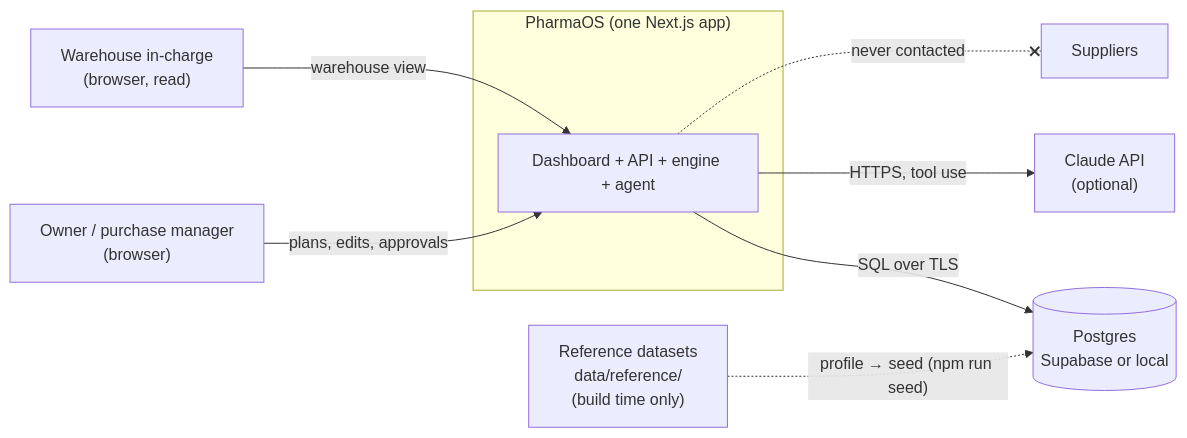
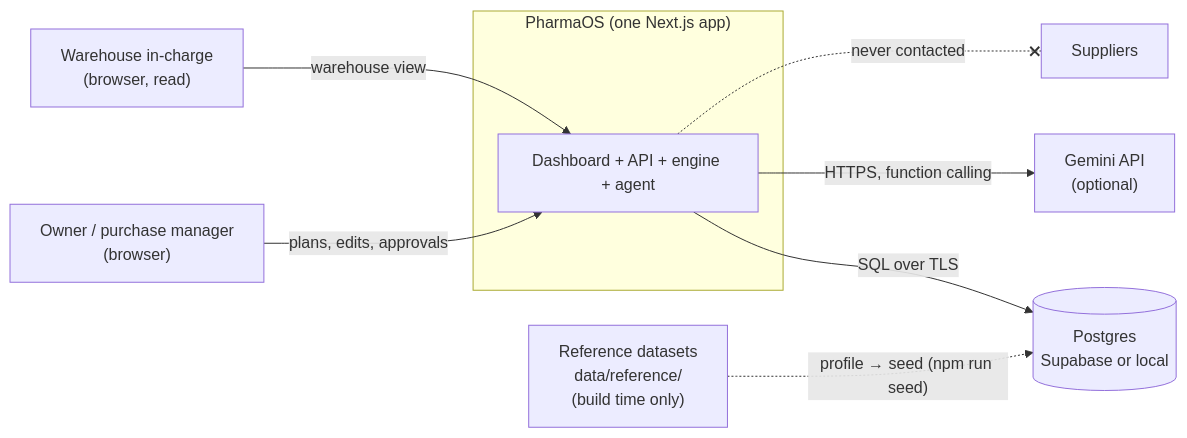
One commit to rushshah973/pharmaos changed the first of 21 diagrams in architecture.md. Above: the diagram before and after it, drawn with Mermaid. The commit also changed other lines of this file and 6 other files, not shown here.

First line of the commit message:
switch LLM from Claude to Gemini (@google/genai)

````diff
--- a/architecture.md
+++ b/architecture.md
@@ -33,19 +33,19 @@
 ```mermaid
 flowchart LR
     owner["Owner / purchase manager<br/>(browser)"]
     wh["Warehouse in-charge<br/>(browser, read)"]
     subgraph pharmaos["PharmaOS (one Next.js app)"]
         app["Dashboard + API + engine + agent"]
     end
     db[("Postgres<br/>Supabase or local")]
-    claude["Claude API<br/>(optional)"]
+    gemini["Gemini API<br/>(optional)"]
     refs["Reference datasets<br/>data/reference/<br/>(build time only)"]
     suppliers["Suppliers"]
 
     owner -- "plans, edits, approvals" --> app
     wh -- "warehouse view" --> app
     app -- "SQL over TLS" --> db
-    app -- "HTTPS, tool use" --> claude
+    app -- "HTTPS, function calling" --> gemini
     refs -. "profile → seed (npm run seed)" .-> db
     app -. "never contacted" .-x suppliers
 ```
````
